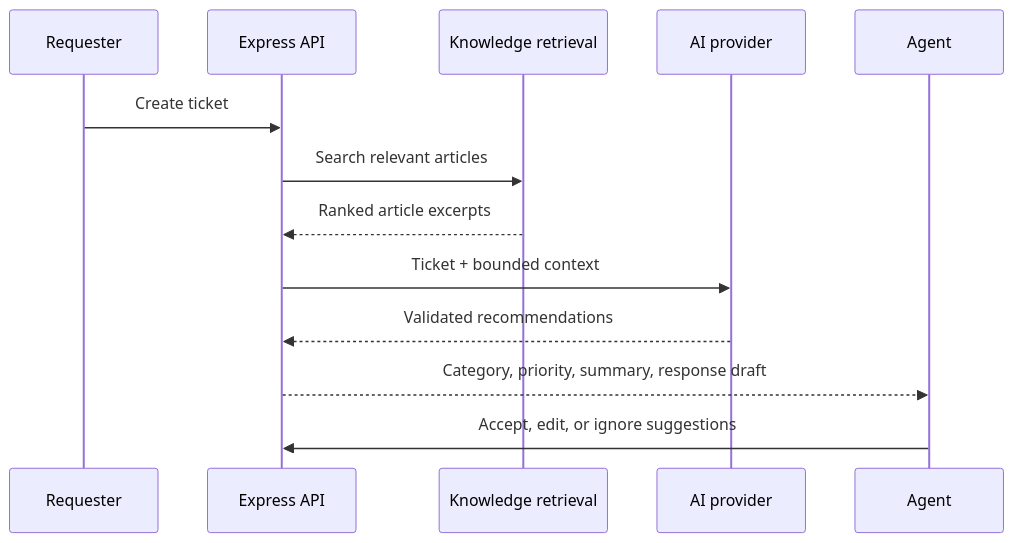
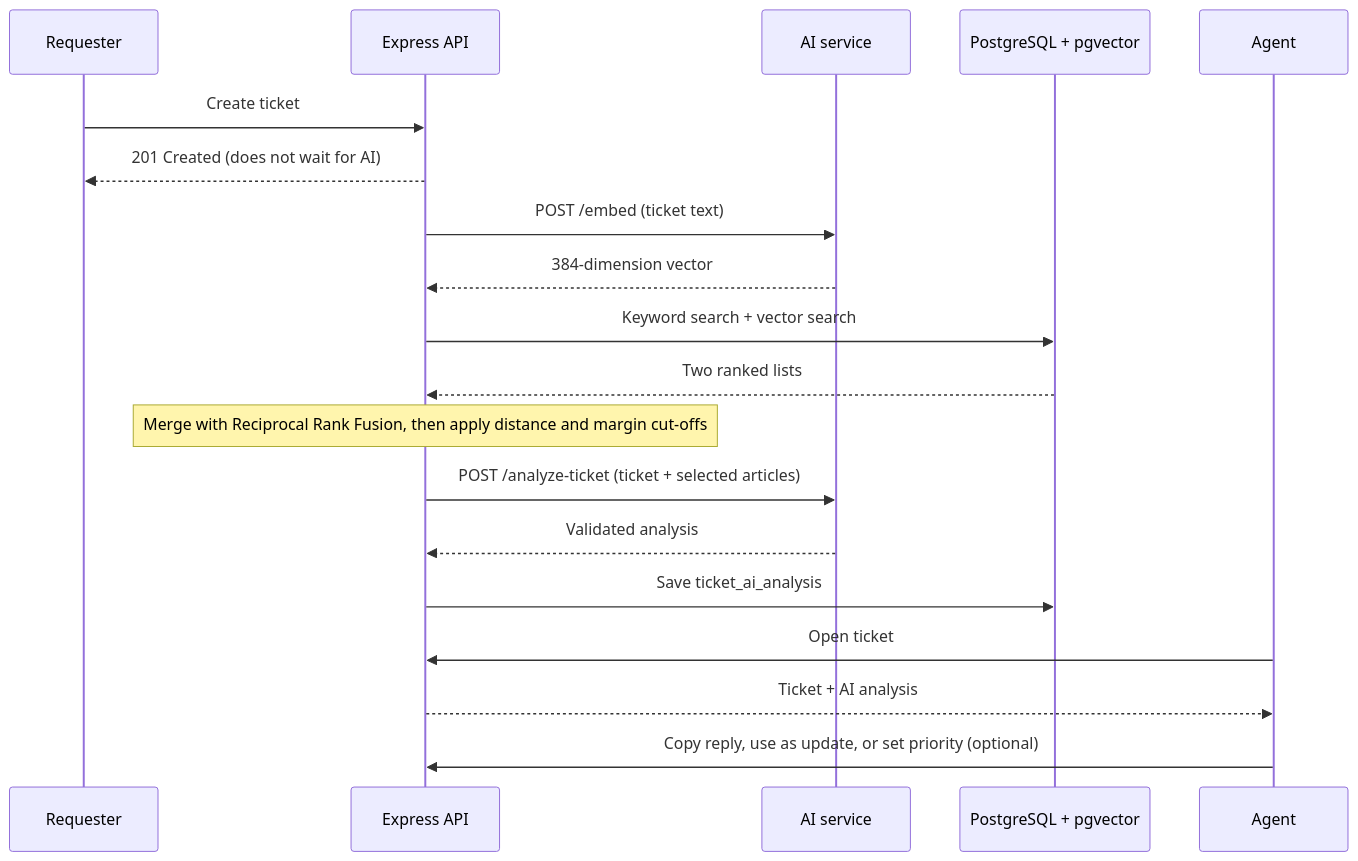
Before and after one commit to jamelahallal/HelpDeskAI: the diagram in AI.md, drawn with Mermaid. The commit also changed other lines of this file and 47 other files, not shown here.

````diff
--- a/AI.md
+++ b/AI.md
@@ -11,15 +9,21 @@
 ```mermaid
 sequenceDiagram
   participant R as Requester
   participant API as Express API
-  participant KB as Knowledge retrieval
-  participant LLM as AI provider
+  participant AI as AI service
+  participant DB as PostgreSQL + pgvector
   participant A as Agent
   R->>API: Create ticket
-  API->>KB: Search relevant articles
-  KB-->>API: Ranked article excerpts
-  API->>LLM: Ticket + bounded context
-  LLM-->>API: Validated recommendations
-  API-->>A: Category, priority, summary, response draft
-  A->>API: Accept, edit, or ignore suggestions
+  API-->>R: 201 Created (does not wait for AI)
+  API->>AI: POST /embed (ticket text)
+  AI-->>API: 384-dimension vector
+  API->>DB: Keyword search + vector search
+  DB-->>API: Two ranked lists
+  Note over API: Merge with Reciprocal Rank Fusion, then apply distance and margin cut-offs
+  API->>AI: POST /analyze-ticket (ticket + selected articles)
+  AI-->>API: Validated analysis
+  API->>DB: Save ticket_ai_analysis
+  A->>API: Open ticket
+  API-->>A: Ticket + AI analysis
+  A->>API: Copy reply, use as update, or set priority (optional)
 ```
````
